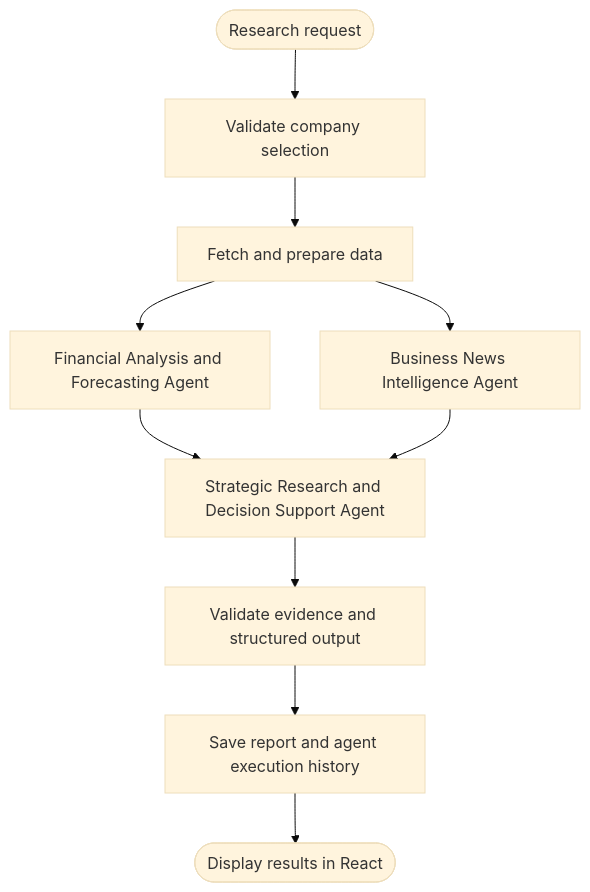
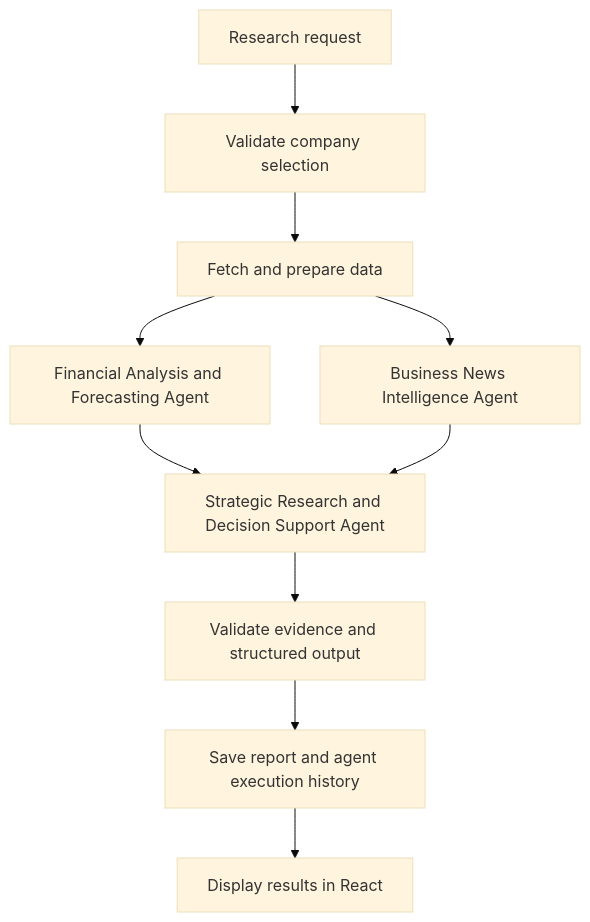
One commit to Hariharan119/ai-business-research-growth-analysis changed the third of 4 diagrams in docs/architecture.md. Above: the diagram before and after it, drawn with Mermaid (base theme). The commit also changed other lines of this file, not shown here.

Commit message:
Docs: simplify Mermaid flowchart syntax for GitHub rendering

````diff
--- a/docs/architecture.md
+++ b/docs/architecture.md
@@ -51,12 +51,12 @@
 ```mermaid
 flowchart TD
-    Start(["Research request"]) --> V["Validate company selection"]
-    V --> F["Fetch and prepare data"]
-    F --> A1["Financial Analysis and Forecasting Agent"]
-    F --> A2["Business News Intelligence Agent"]
-    A1 --> A3["Strategic Research and Decision Support Agent"]
+    Start[Research request] --> V[Validate company selection]
+    V --> F[Fetch and prepare data]
+    F --> A1[Financial Analysis and Forecasting Agent]
+    F --> A2[Business News Intelligence Agent]
+    A1 --> A3[Strategic Research and Decision Support Agent]
     A2 --> A3
-    A3 --> VE["Validate evidence and structured output"]
-    VE --> SV["Save report and agent execution history"]
-    SV --> Done(["Display results in React"])
+    A3 --> VE[Validate evidence and structured output]
+    VE --> SV[Save report and agent execution history]
+    SV --> Done[Display results in React]
 ```
````
